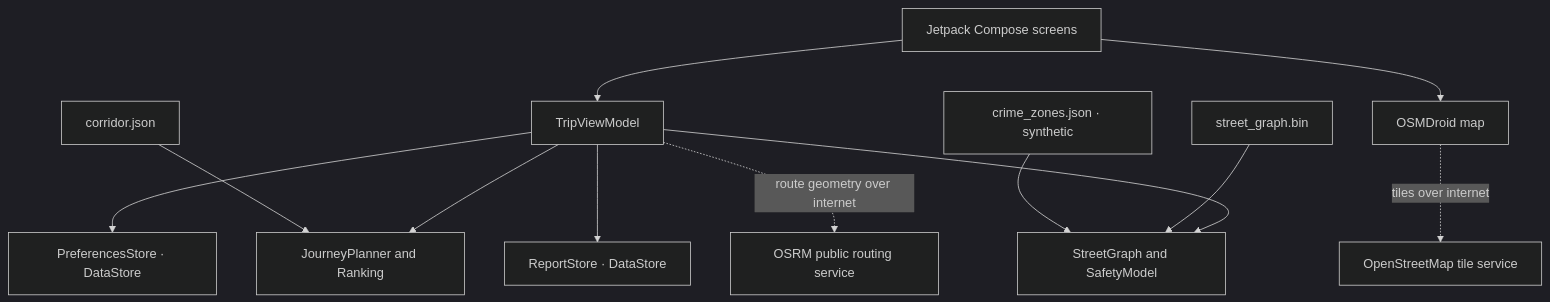
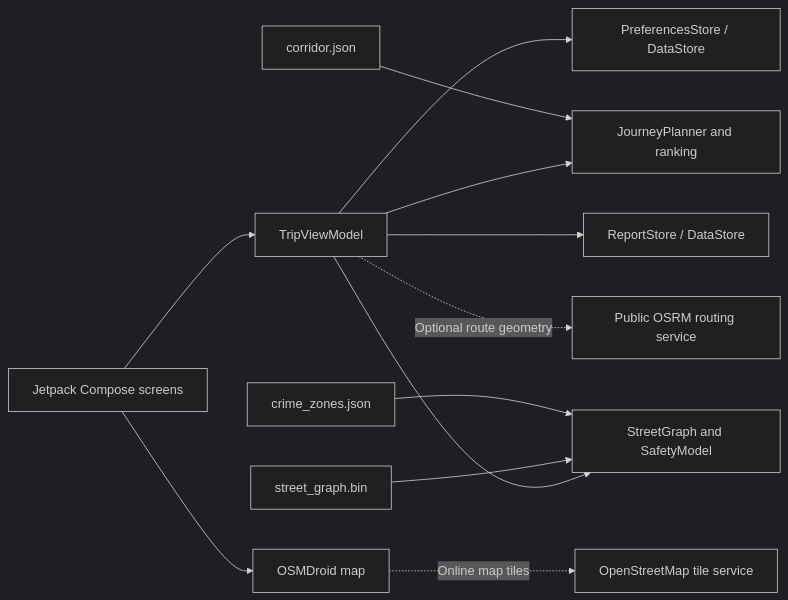
Before and after one commit to Shambhavi500/Raasta: the third of 3 diagrams in README.md, drawn with Mermaid (dark theme). The commit also changed other lines of this file and 6 other files, not shown here.

````diff
--- a/README.md
+++ b/README.md
@@ -62,14 +144,14 @@
 ```mermaid
-flowchart TB
-  UI[Jetpack Compose screens] --> VM[TripViewModel]
-  VM --> Planner[JourneyPlanner and Ranking]
-  VM --> Street[StreetGraph and SafetyModel]
-  VM --> Prefs[PreferencesStore · DataStore]
-  VM --> Reports[ReportStore · DataStore]
-  Corridor[corridor.json] --> Planner
-  Graph[street_graph.bin] --> Street
-  Crime[crime_zones.json · synthetic] --> Street
-  UI --> Map[OSMDroid map]
-  Map -. tiles over internet .-> OSM[OpenStreetMap tile service]
-  VM -. route geometry over internet .-> OSRM[OSRM public routing service]
+flowchart LR
+    Compose[Jetpack Compose screens] --> VM[TripViewModel]
+    VM --> Planner[JourneyPlanner and ranking]
+    VM --> Street[StreetGraph and SafetyModel]
+    VM --> Prefs[PreferencesStore / DataStore]
+    VM --> Reports[ReportStore / DataStore]
+    Corridor[corridor.json] --> Planner
+    Graph[street_graph.bin] --> Street
+    Crime[crime_zones.json] --> Street
+    Compose --> Map[OSMDroid map]
+    Map -. Online map tiles .-> OSM[OpenStreetMap tile service]
+    VM -. Optional route geometry .-> OSRM[Public OSRM routing service]
 ```
````
